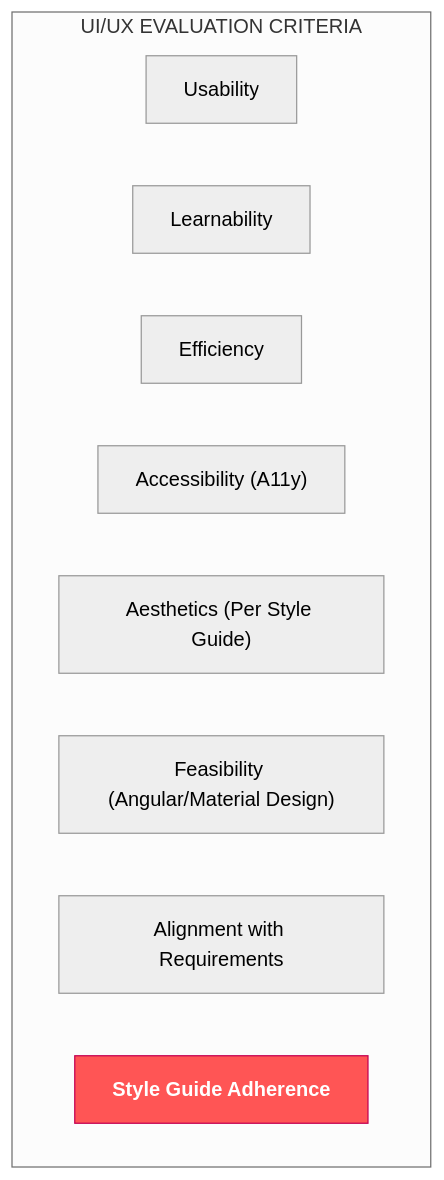
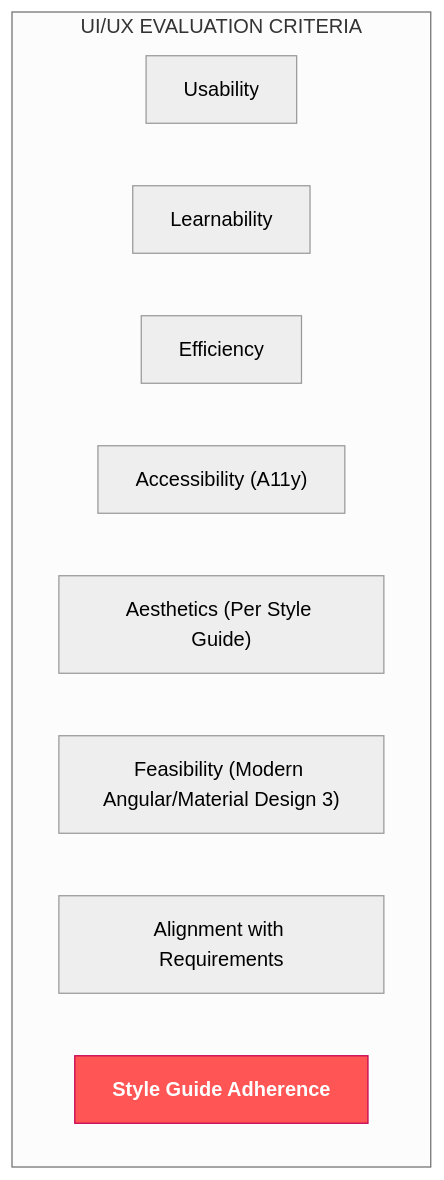
Before and after one commit to 7Spade/cursor-memory-bank: the third of 3 diagrams in .cursor/rules/isolation_rules/Phases/CreativePhase/creative-phase-uiux.mdc, drawn with Mermaid (neutral theme). The commit also changed other lines of this file and 4 other files, not shown here.

Commit message:
Refactor: Update Angular guidelines to modern practices

````diff
--- a/.cursor/rules/isolation_rules/Phases/CreativePhase/creative-phase-uiux.mdc
+++ b/.cursor/rules/isolation_rules/Phases/CreativePhase/creative-phase-uiux.mdc
@@ -192,15 +209,15 @@
 ```mermaid
 graph TD
     subgraph "UI/UX EVALUATION CRITERIA"
         C1["Usability"]
         C2["Learnability"]
         C3["Efficiency"]
         C4["Accessibility (A11y)"]
         C5["Aesthetics (Per Style Guide)"]
-        C6["Feasibility (Angular/Material Design)"]
+        C6["Feasibility (Modern Angular/Material Design 3)"]
         C7["Alignment with Requirements"]
         C8["<b>Style Guide Adherence</b>"]
     end
 
     style C8 fill:#ff5555,stroke:#c30052,color:white
 ```
````
